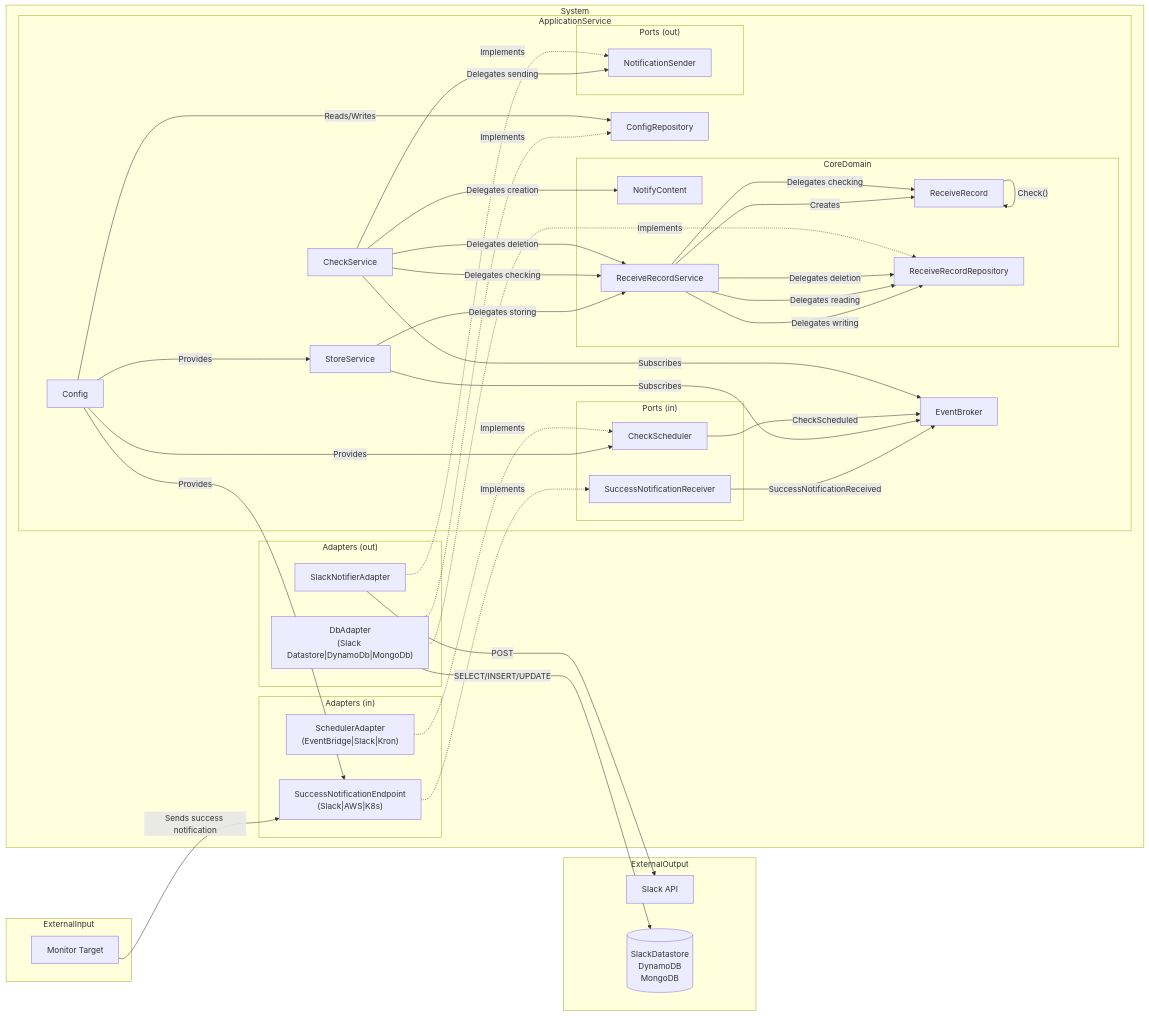
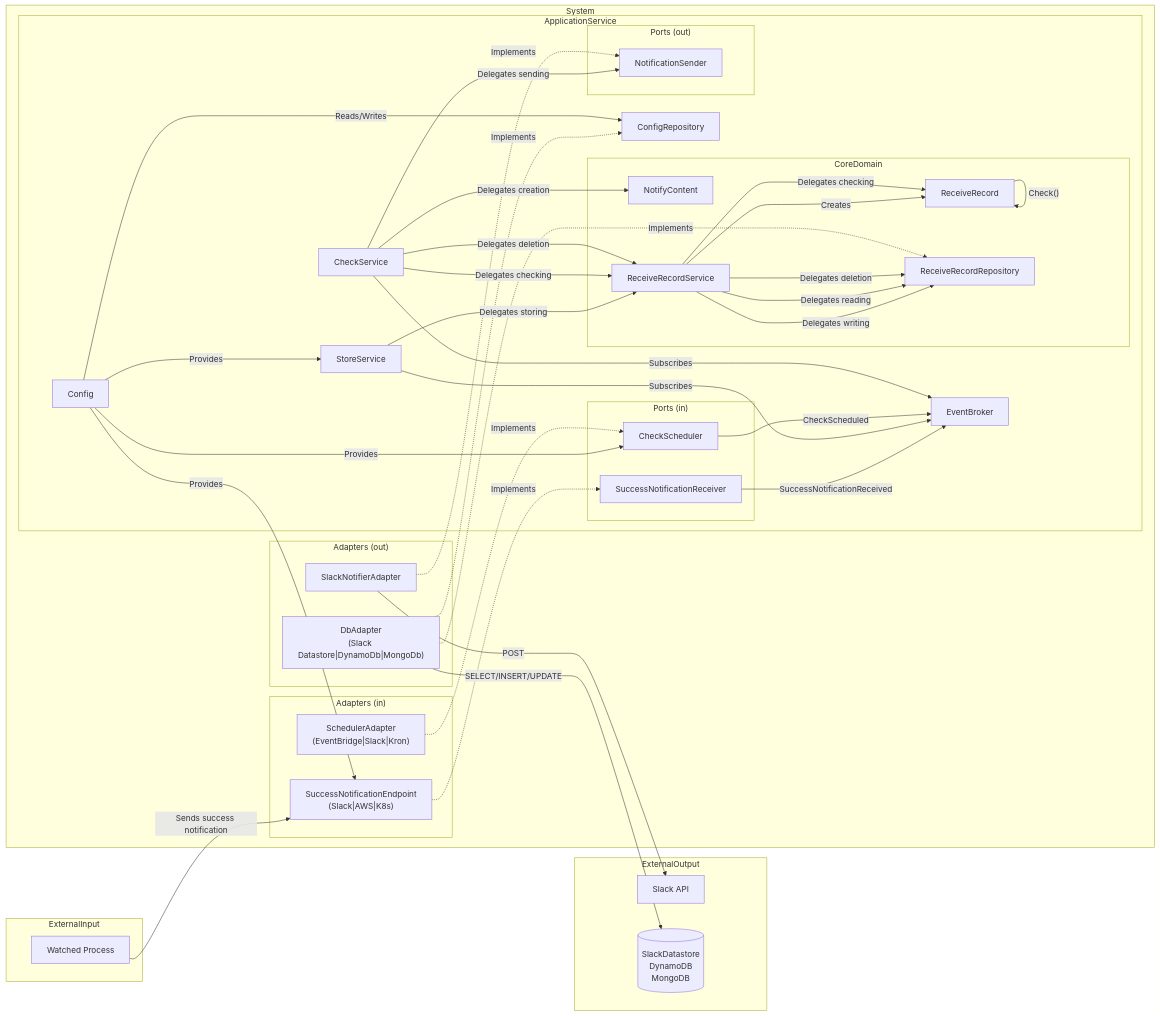
One commit to Rindrics/success-notification-aggregator changed the diagram in README.md. Above: the diagram before and after it, drawn with Mermaid. The commit also changed other lines of this file and 4 other files, not shown here.

Commit message:
Rename `endpoint` -> `watchedProcess`

````diff
--- a/README.md
+++ b/README.md
@@ -22,76 +22,76 @@
 ```mermaid
 flowchart LR
     subgraph ExternalInput
-        BatchSystem[Monitor Target]
+        BatchSystem[Watched Process]
     end
     subgraph ExternalOutput
         SlackAPI[Slack API]
         DB[("SlackDatastore\nDynamoDB\nMongoDB\n")]
     end
 
     subgraph System
         subgraph InAdapters["Adapters (in)"]
             SuccessNotificationEndpoint["SuccessNotificationEndpoint\n(Slack|AWS|K8s)"]
             CheckSchedulerAdapters["SchedulerAdapter\n(EventBridge|Slack|Kron)"]
         end
 
         subgraph OutAdapters["Adapters (out)"]
             SlackNotifierAdapter
             DbAdapters["DbAdapter\n(Slack Datastore|DynamoDb|MongoDb)"]
         end
 
         subgraph ApplicationService
             Config
             ConfigRepository
             StoreService
             CheckService
             EventBroker
 
             subgraph CoreDomain
                 ReceiveRecord
                 NotifyContent
                 ReceiveRecordRepository
                 ReceiveRecordService
             end
 
             subgraph IncomingPorts["Ports (in)"]
                 SuccessNotificationReceiver
                 CheckScheduler
             end
 
             subgraph OutgoingPorts["Ports (out)"]
                 NotificationSender
             end
         end
     end
 
     %% Data Flow
     BatchSystem --> |Sends success notification| SuccessNotificationEndpoint
     SuccessNotificationEndpoint -.-> |Implements| SuccessNotificationReceiver
     SuccessNotificationReceiver --> |SuccessNotificationReceived| EventBroker
     StoreService --> |Subscribes| EventBroker
     StoreService --> |Delegates storing| ReceiveRecordService
     ReceiveRecordService --> |Creates| ReceiveRecord
     ReceiveRecordService --> |Delegates writing| ReceiveRecordRepository
     Config --> |Provides| SuccessNotificationEndpoint
     Config --> |Provides| StoreService
     Config --> |Provides| CheckScheduler
     CheckScheduler --> |CheckScheduled| EventBroker
     CheckService --> |Subscribes| EventBroker
     CheckService --> |Delegates checking| ReceiveRecordService
     ReceiveRecordService --> |Delegates checking| ReceiveRecord
     ReceiveRecord --> |"Check()"| ReceiveRecord
     ReceiveRecordService --> |Delegates reading| ReceiveRecordRepository
     CheckService --> |Delegates creation| NotifyContent
     CheckService --> |Delegates sending| NotificationSender
     SlackNotifierAdapter --> |POST| SlackAPI
     SlackNotifierAdapter -.-> |Implements| NotificationSender
     CheckService --> |Delegates deletion| ReceiveRecordService
     ReceiveRecordService --> |Delegates deletion| ReceiveRecordRepository
     DbAdapters -.-> |Implements| ReceiveRecordRepository
     DbAdapters -.-> |Implements| ConfigRepository
     DbAdapters  --> |SELECT/INSERT/UPDATE| DB
     CheckSchedulerAdapters -.-> |Implements| CheckScheduler
     Config --> |Reads/Writes| ConfigRepository
     ExternalInput ~~~ InAdapters
 ```
````
